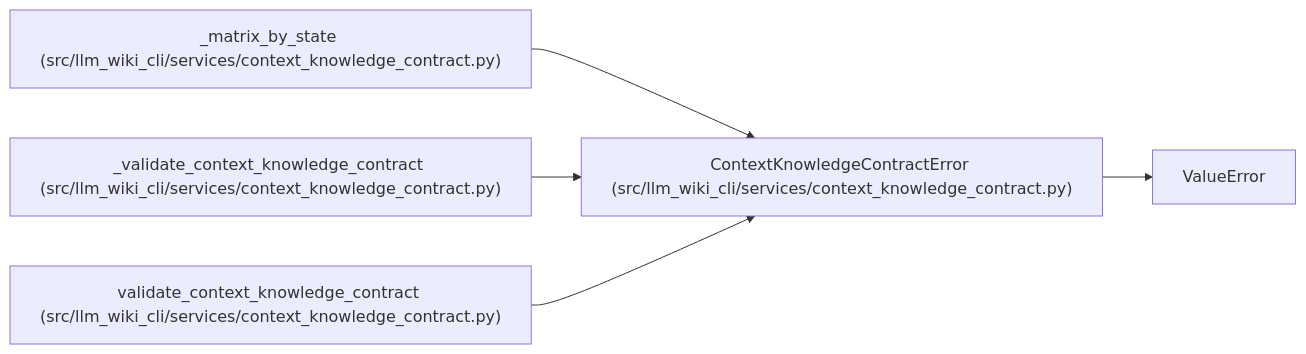
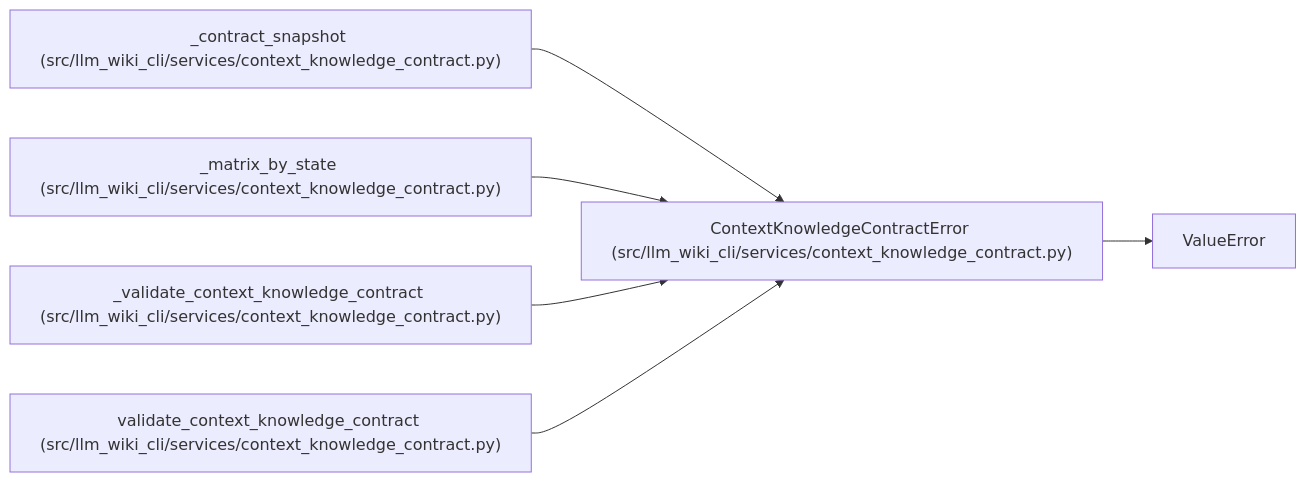
The diagram in docs/llm_wiki/entities/ContextKnowledgeContractError.md (Denissvgn/python-wiki-llm), drawn with Mermaid before and after one commit. The commit also changed other lines of this file and 373 other files, not shown here.

Commit message:
docs(wiki): anchor current contract metadata and audited storage

````diff
--- a/docs/llm_wiki/entities/ContextKnowledgeContractError.md
+++ b/docs/llm_wiki/entities/ContextKnowledgeContractError.md
@@ -23,16 +23,19 @@
 ```mermaid
 flowchart LR
     n0["ContextKnowledgeContractError (src/llm_wiki_cli/services/context_knowledge_contract.py)"]
     n1["ValueError"]
-    n2["_matrix_by_state (src/llm_wiki_cli/services/context_knowledge_contract.py)"]
-    n3["_validate_context_knowledge_contract (src/llm_wiki_cli/services/context_knowledge_contract.py)"]
-    n4["validate_context_knowledge_contract (src/llm_wiki_cli/services/context_knowledge_contract.py)"]
+    n2["_contract_snapshot (src/llm_wiki_cli/services/context_knowledge_contract.py)"]
+    n3["_matrix_by_state (src/llm_wiki_cli/services/context_knowledge_contract.py)"]
+    n4["_validate_context_knowledge_contract (src/llm_wiki_cli/services/context_knowledge_contract.py)"]
+    n5["validate_context_knowledge_contract (src/llm_wiki_cli/services/context_knowledge_contract.py)"]
     n0 --> n1
     n2 --> n0
     n3 --> n0
     n4 --> n0
+    n5 --> n0
     click n0 "../modules/context_knowledge_contract.md"
     click n2 "../modules/context_knowledge_contract.md"
     click n3 "../modules/context_knowledge_contract.md"
     click n4 "../modules/context_knowledge_contract.md"
+    click n5 "../modules/context_knowledge_contract.md"
 ```
````
